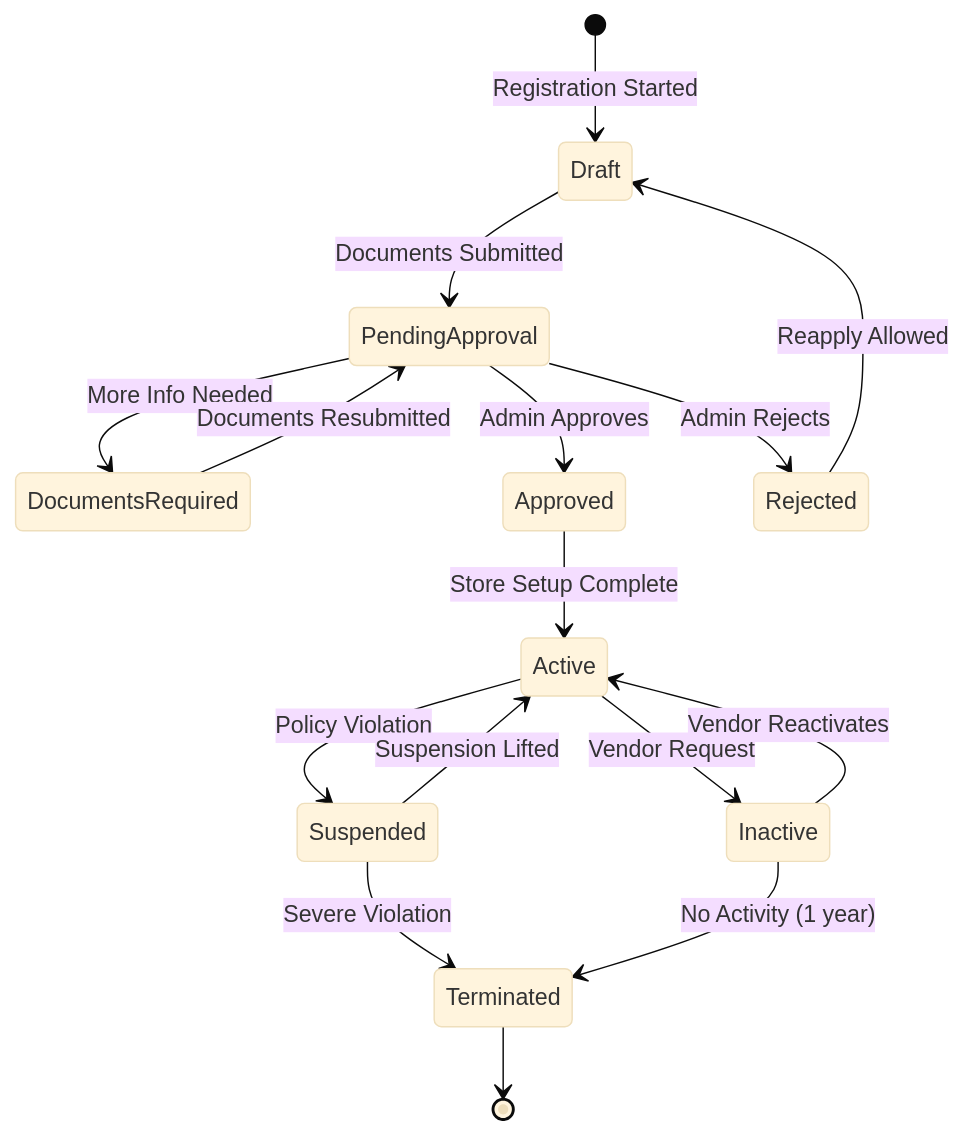
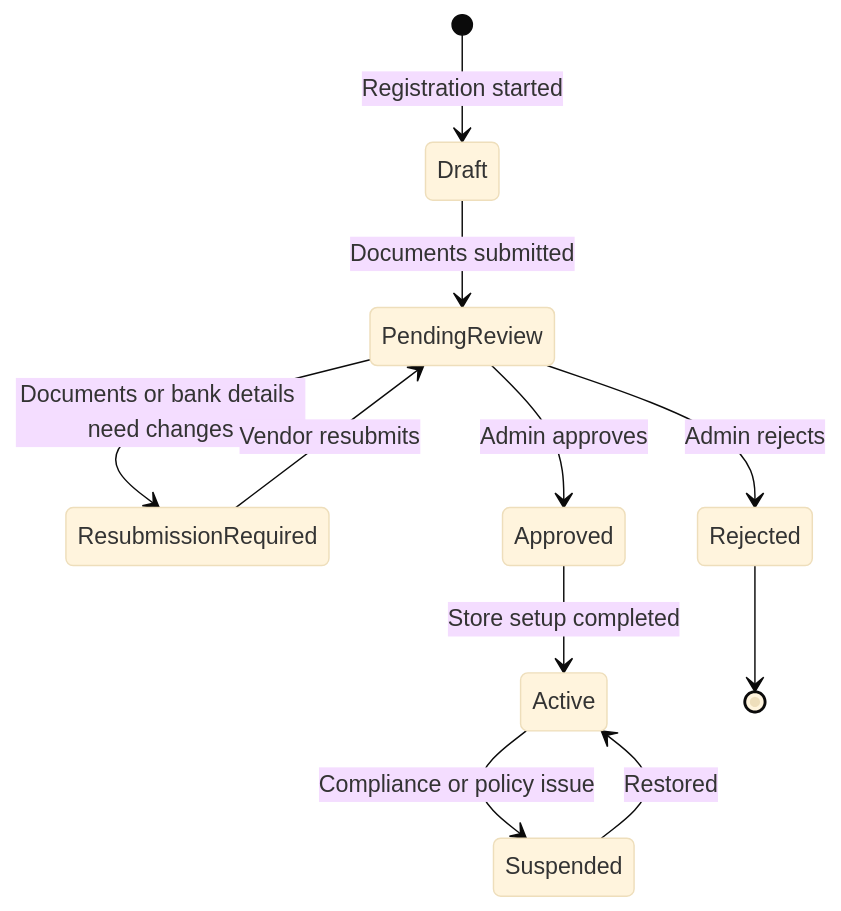
The fifth of 7 diagrams in docs/system-design/detailed-design/state-machine-diagrams.md (0Ankit0/e-commerce), drawn with Mermaid (base theme) before and after one commit. The commit also changed other lines of this file and 24 other files, not shown here.

````diff
--- a/docs/system-design/detailed-design/state-machine-diagrams.md
+++ b/docs/system-design/detailed-design/state-machine-diagrams.md
@@ -178,27 +109,13 @@
 ```mermaid
 stateDiagram-v2
-    [*] --> Draft: Registration Started
-
-    Draft --> PendingApproval: Documents Submitted
-
-    PendingApproval --> DocumentsRequired: More Info Needed
-    PendingApproval --> Approved: Admin Approves
-    PendingApproval --> Rejected: Admin Rejects
-
-    DocumentsRequired --> PendingApproval: Documents Resubmitted
-
-    Approved --> Active: Store Setup Complete
-
-    Active --> Suspended: Policy Violation
-    Active --> Inactive: Vendor Request
-
-    Suspended --> Active: Suspension Lifted
-    Suspended --> Terminated: Severe Violation
-
-    Inactive --> Active: Vendor Reactivates
-    Inactive --> Terminated: No Activity (1 year)
-
-    Rejected --> Draft: Reapply Allowed
-
-    Terminated --> [*]
+    [*] --> Draft: Registration started
+    Draft --> PendingReview: Documents submitted
+    PendingReview --> ResubmissionRequired: Documents or bank details need changes
+    ResubmissionRequired --> PendingReview: Vendor resubmits
+    PendingReview --> Approved: Admin approves
+    PendingReview --> Rejected: Admin rejects
+    Approved --> Active: Store setup completed
+    Active --> Suspended: Compliance or policy issue
+    Suspended --> Active: Restored
+    Rejected --> [*]
 ```
````
